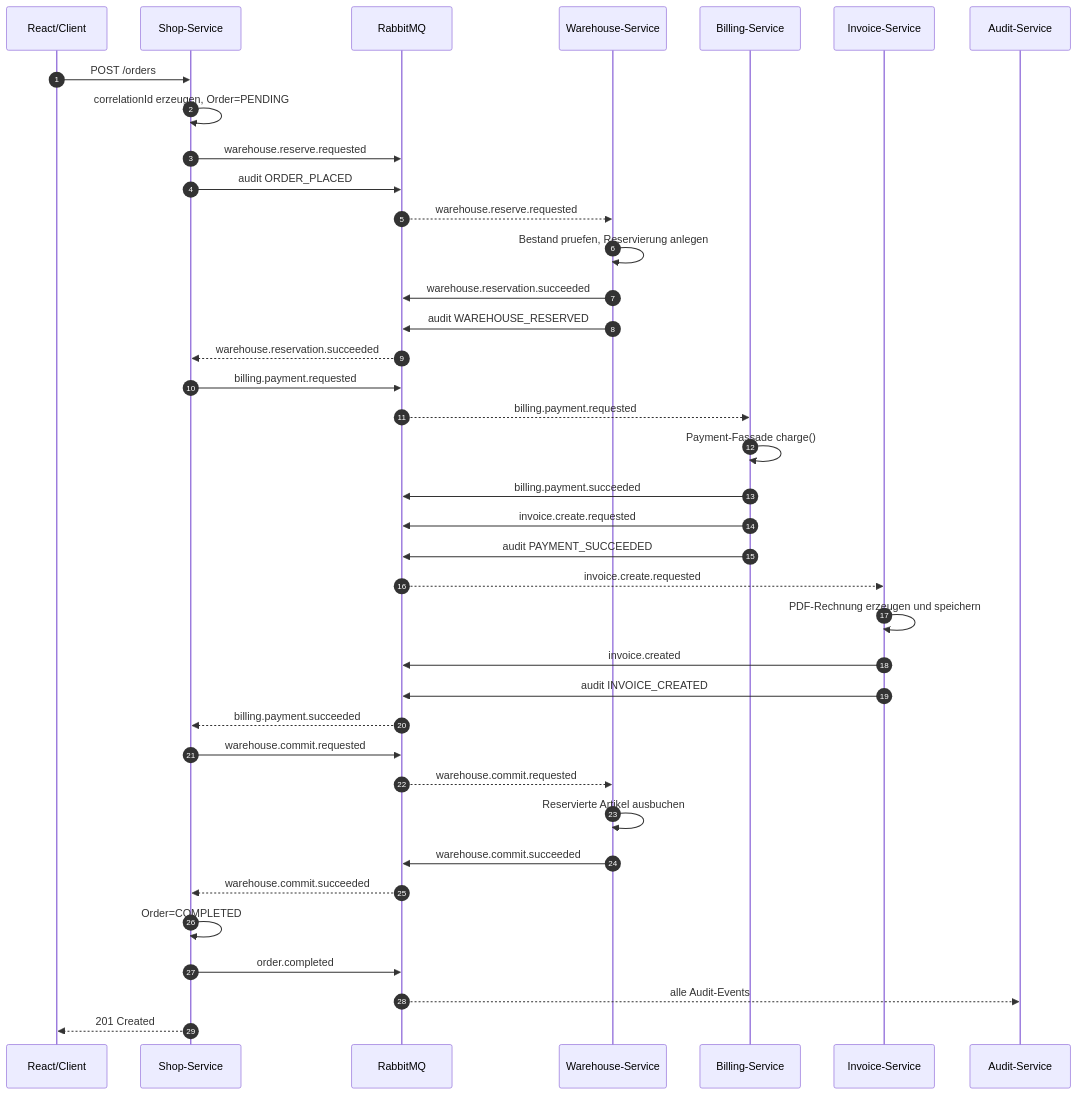
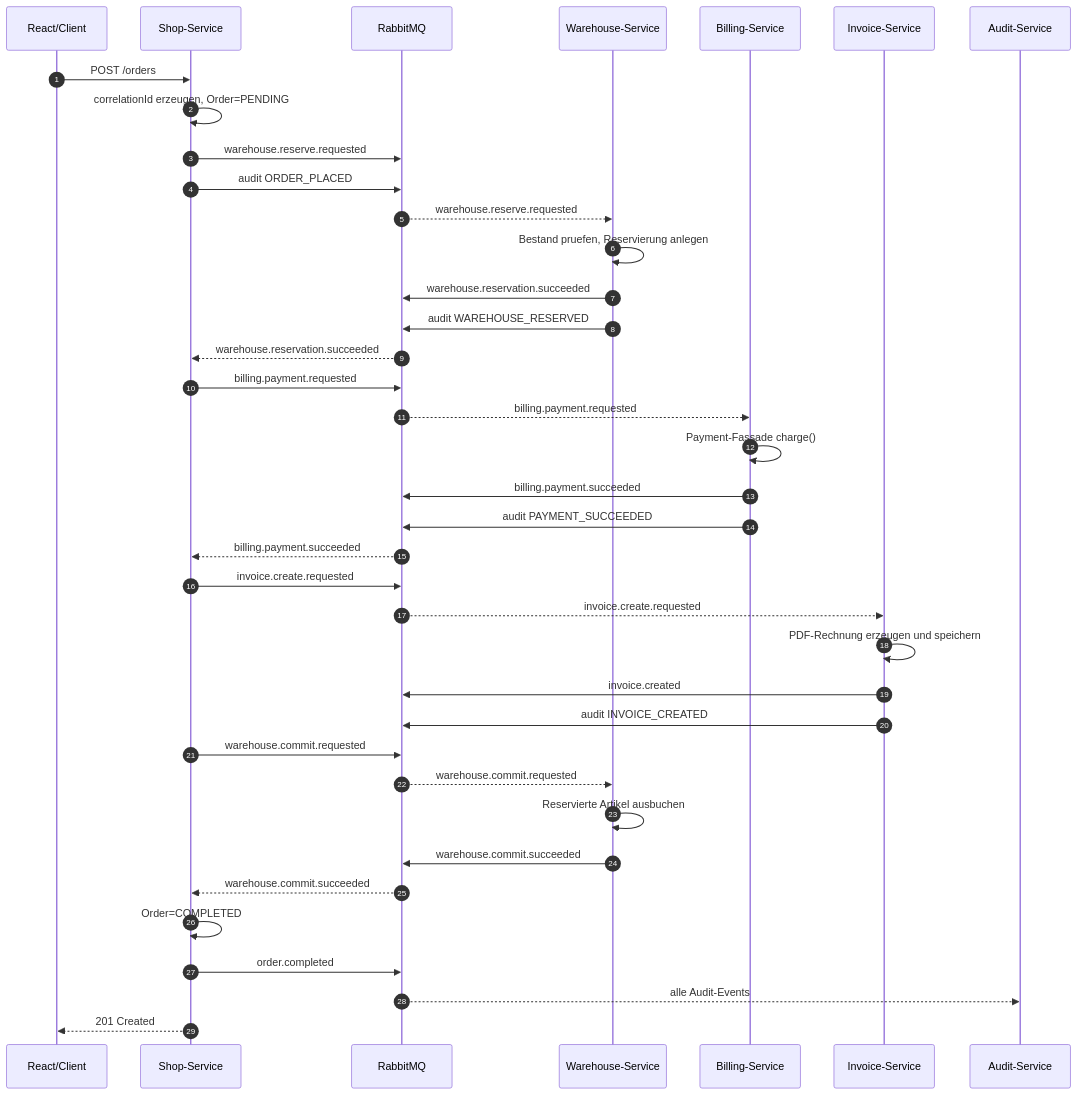
One commit to chips199/webshop-vse changed the third of 4 diagrams in docs/architecture.md. Above: the diagram before and after it, drawn with Mermaid. The commit also changed other lines of this file and 41 other files, not shown here.

````diff
--- a/docs/architecture.md
+++ b/docs/architecture.md
@@ -94,41 +94,41 @@
 ```mermaid
 sequenceDiagram
     autonumber
     participant Client as React/Client
     participant Shop as Shop-Service
     participant MQ as RabbitMQ
     participant Warehouse as Warehouse-Service
     participant Billing as Billing-Service
     participant Invoice as Invoice-Service
     participant Audit as Audit-Service
 
     Client->>Shop: POST /orders
     Shop->>Shop: correlationId erzeugen, Order=PENDING
     Shop->>MQ: warehouse.reserve.requested
     Shop->>MQ: audit ORDER_PLACED
     MQ-->>Warehouse: warehouse.reserve.requested
     Warehouse->>Warehouse: Bestand pruefen, Reservierung anlegen
     Warehouse->>MQ: warehouse.reservation.succeeded
     Warehouse->>MQ: audit WAREHOUSE_RESERVED
     MQ-->>Shop: warehouse.reservation.succeeded
     Shop->>MQ: billing.payment.requested
     MQ-->>Billing: billing.payment.requested
     Billing->>Billing: Payment-Fassade charge()
     Billing->>MQ: billing.payment.succeeded
-    Billing->>MQ: invoice.create.requested
     Billing->>MQ: audit PAYMENT_SUCCEEDED
+    MQ-->>Shop: billing.payment.succeeded
+    Shop->>MQ: invoice.create.requested
     MQ-->>Invoice: invoice.create.requested
     Invoice->>Invoice: PDF-Rechnung erzeugen und speichern
     Invoice->>MQ: invoice.created
     Invoice->>MQ: audit INVOICE_CREATED
-    MQ-->>Shop: billing.payment.succeeded
     Shop->>MQ: warehouse.commit.requested
     MQ-->>Warehouse: warehouse.commit.requested
     Warehouse->>Warehouse: Reservierte Artikel ausbuchen
     Warehouse->>MQ: warehouse.commit.succeeded
     MQ-->>Shop: warehouse.commit.succeeded
     Shop->>Shop: Order=COMPLETED
     Shop->>MQ: order.completed
     MQ-->>Audit: alle Audit-Events
     Shop-->>Client: 201 Created
 ```
````
